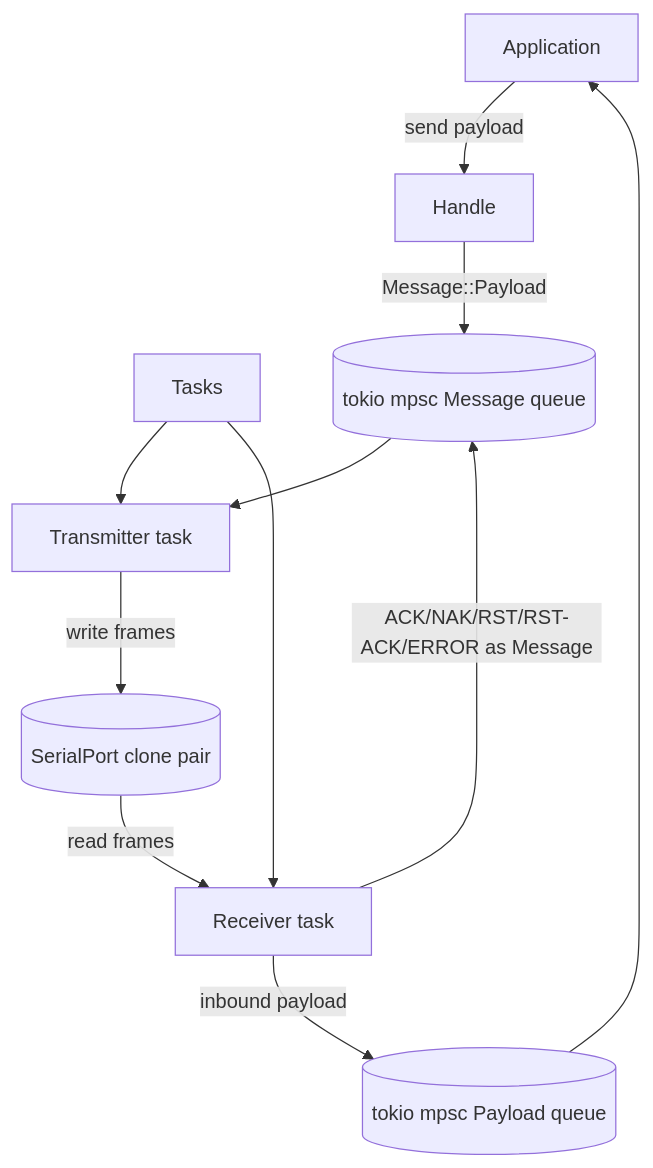
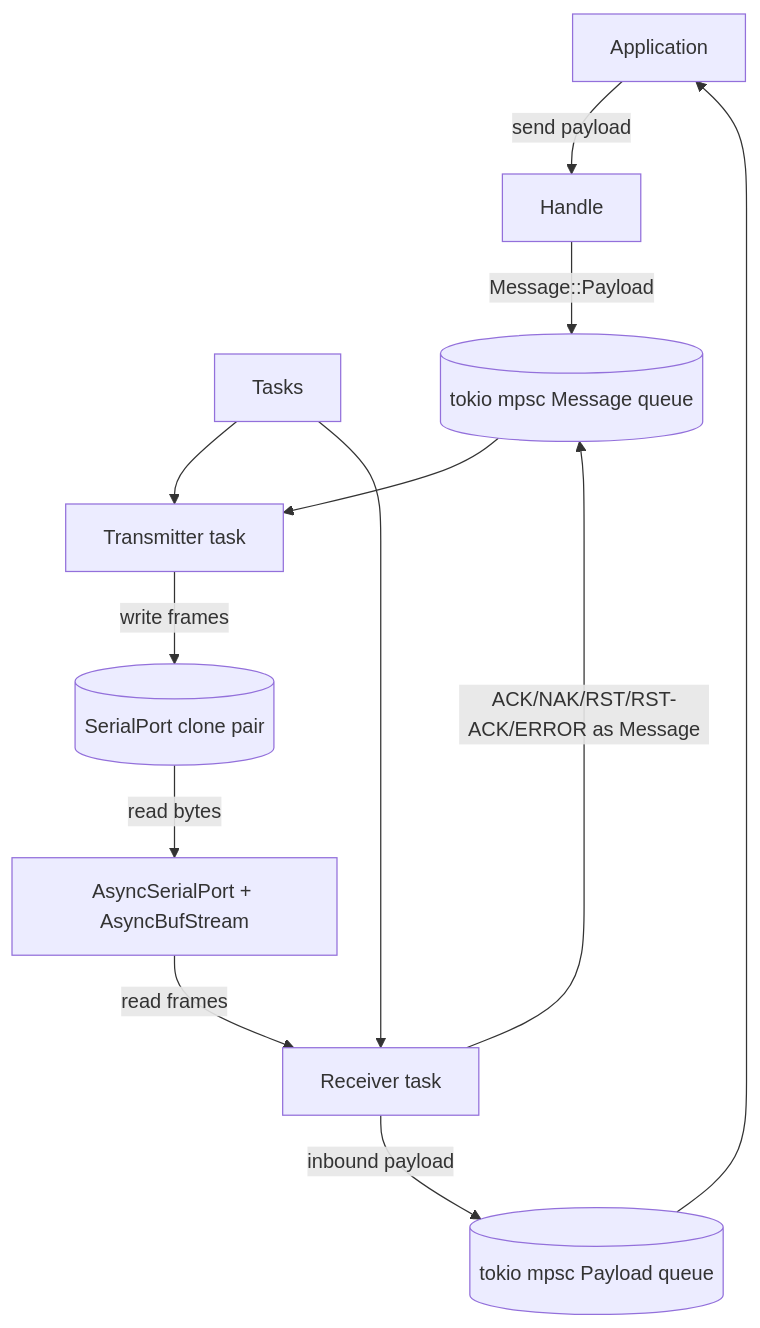
One commit to PaulmannLighting/ashv2 changed the first of 4 diagrams in ARCHITECTURE.md. Above: the diagram before and after it, drawn with Mermaid. The commit also changed other lines of this file and 6 other files, not shown here.

````diff
--- a/ARCHITECTURE.md
+++ b/ARCHITECTURE.md
@@ -17,22 +17,24 @@
 ```mermaid
 flowchart TD
     App[Application]
     Handle[Handle]
     Tasks[Tasks]
     Tx[Transmitter task]
     Rx[Receiver task]
+    AsyncSerial[AsyncSerialPort + AsyncBufStream]
     MsgQ[(tokio mpsc Message queue)]
     RespQ[(tokio mpsc Payload queue)]
     Serial[(SerialPort clone pair)]
 
     App -->|send payload| Handle
     Handle -->|Message::Payload| MsgQ
     MsgQ --> Tx
     Tx -->|write frames| Serial
-    Serial -->|read frames| Rx
+    Serial -->|read bytes| AsyncSerial
+    AsyncSerial -->|read frames| Rx
     Rx -->|inbound payload| RespQ
     RespQ --> App
     Rx -->|ACK/NAK/RST/RST-ACK/ERROR as Message| MsgQ
     Tasks --> Tx
     Tasks --> Rx
 ```
````
